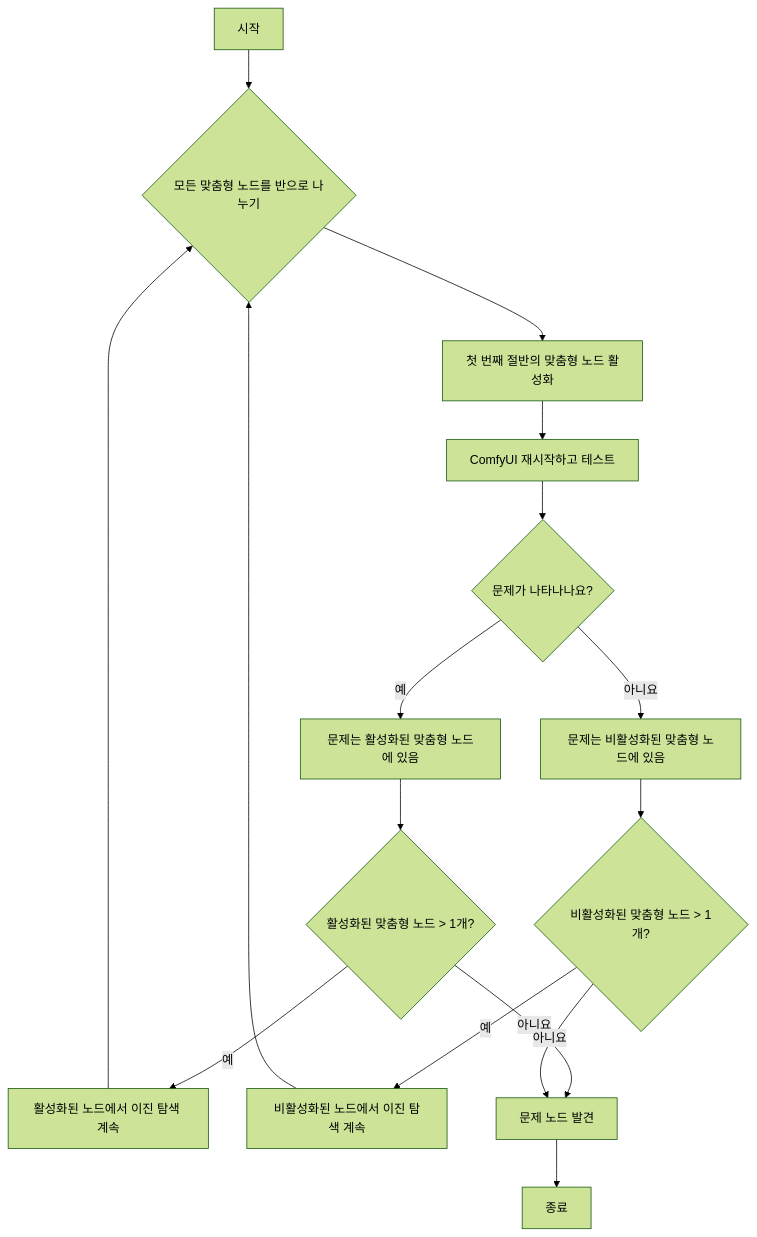
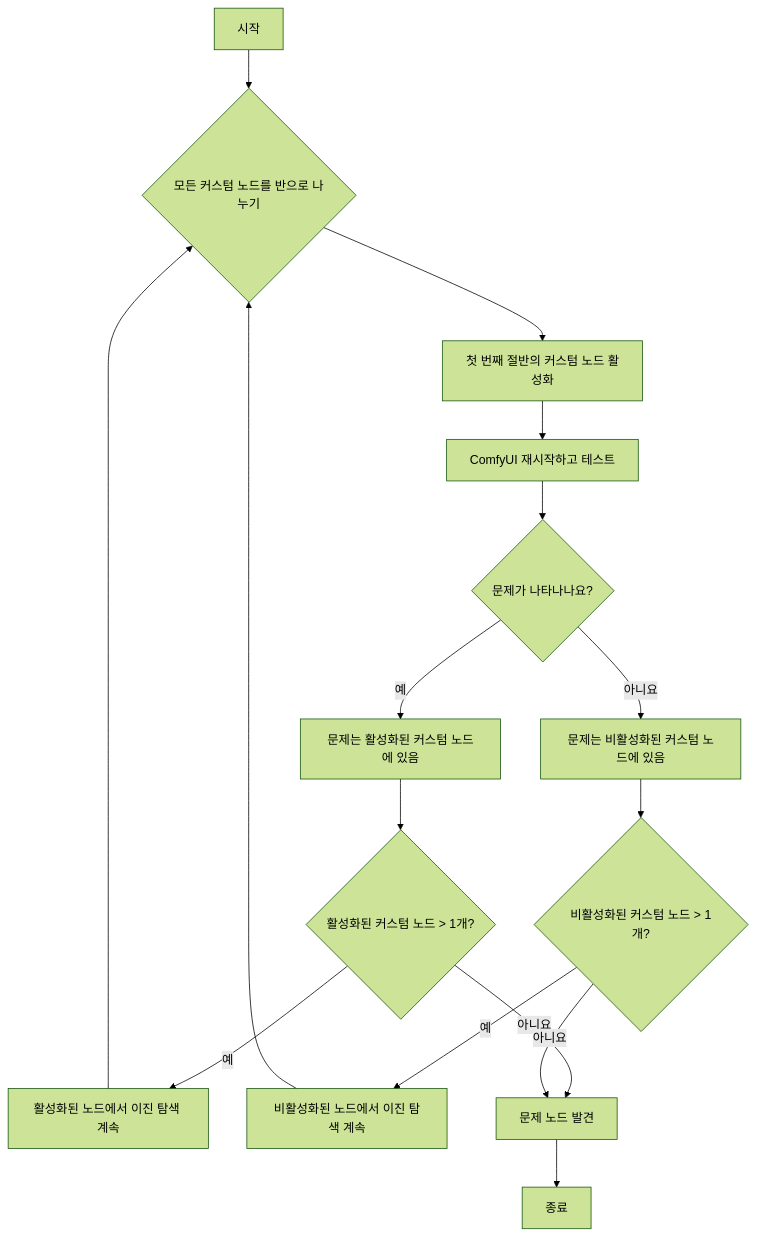
One commit to Comfy-Org/docs changed the second of 2 diagrams in ko/troubleshooting/custom-node-issues.mdx. Above: the diagram before and after it, drawn with Mermaid (forest theme). The commit also changed other lines of this file and 53 other files, not shown here.

````diff
--- a/ko/troubleshooting/custom-node-issues.mdx
+++ b/ko/troubleshooting/custom-node-issues.mdx
@@ -85,18 +85,18 @@
 ```mermaid
 flowchart TD
-   A[시작] --> B{모든 맞춤형 노드를 반으로 나누기}
-   B --> C[첫 번째 절반의 맞춤형 노드 활성화]
+   A[시작] --> B{모든 커스텀 노드를 반으로 나누기}
+   B --> C[첫 번째 절반의 커스텀 노드 활성화]
    C --> D[ComfyUI 재시작하고 테스트]
    D --> E{문제가 나타나나요?}
-   E --> |예| F[문제는 활성화된 맞춤형 노드에 있음]
-   E --> |아니요| G[문제는 비활성화된 맞춤형 노드에 있음]
-   F --> H{활성화된 맞춤형 노드 > 1개?}
-   G --> I{비활성화된 맞춤형 노드 > 1개?}
+   E --> |예| F[문제는 활성화된 커스텀 노드에 있음]
+   E --> |아니요| G[문제는 비활성화된 커스텀 노드에 있음]
+   F --> H{활성화된 커스텀 노드 > 1개?}
+   G --> I{비활성화된 커스텀 노드 > 1개?}
    H --> |예| J[활성화된 노드에서 이진 탐색 계속]
    I --> |예| K[비활성화된 노드에서 이진 탐색 계속]
    H --> |아니요| L[문제 노드 발견]
    I --> |아니요| L
    J --> B
    K --> B
    L --> M[종료]
 ```
````
